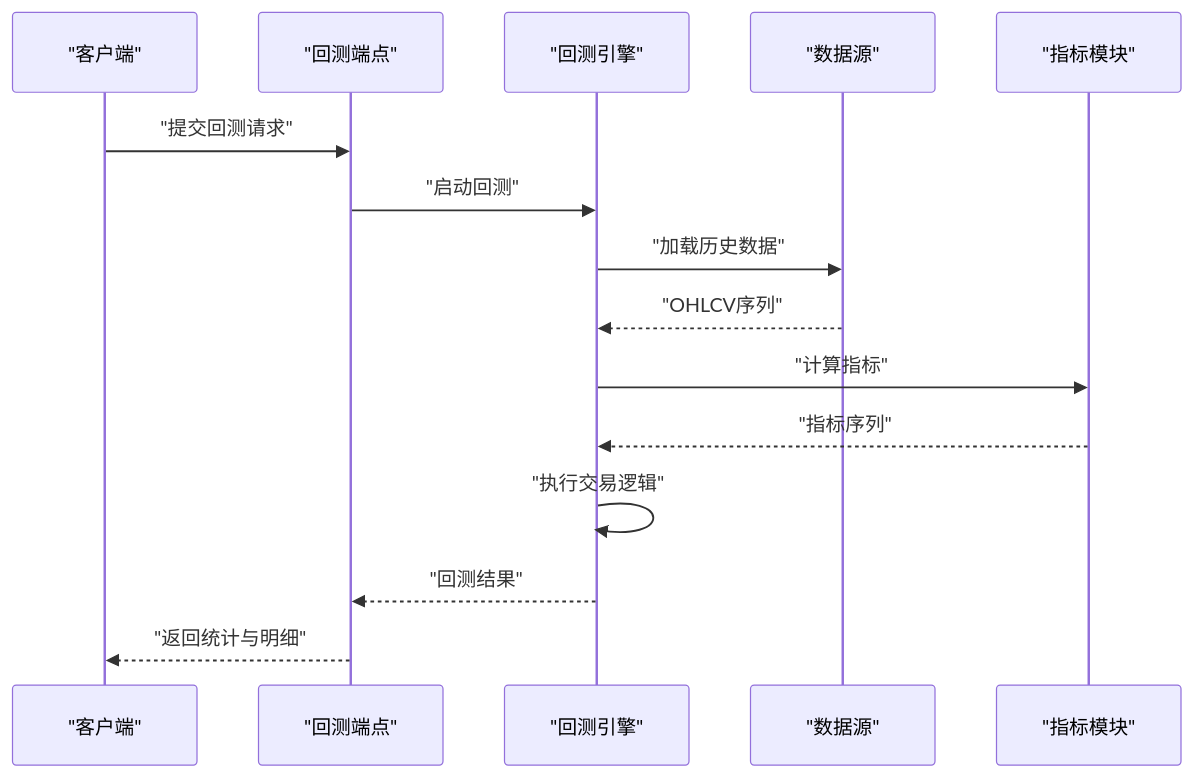
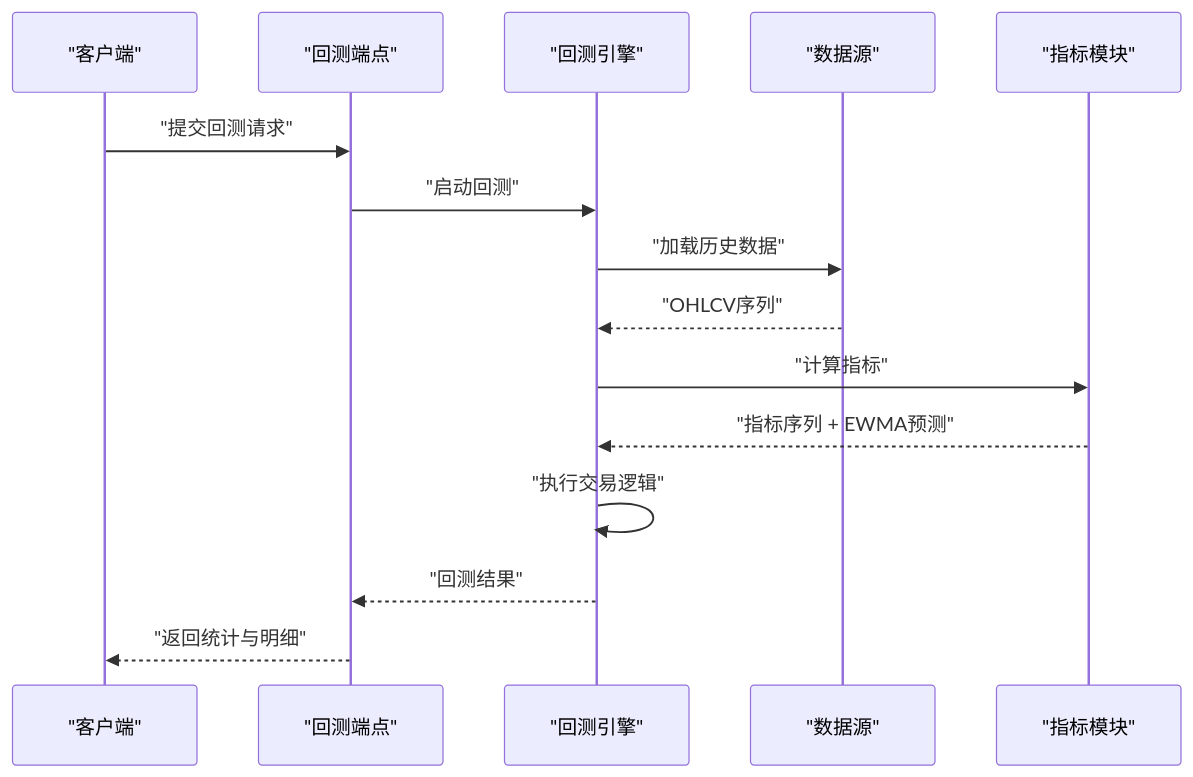
The eighth of 10 diagrams in .qoder/repowiki/zh/content/交易策略系统/技术指标系统.md (anYaoooo/daily_stock_analysis), drawn with Mermaid before and after one commit. The commit also changed other lines of this file and 23 other files, not shown here.

````diff
--- a/.qoder/repowiki/zh/content/交易策略系统/技术指标系统.md
+++ b/.qoder/repowiki/zh/content/交易策略系统/技术指标系统.md
@@ -280,17 +326,17 @@
 ```mermaid
 sequenceDiagram
 participant Client as "客户端"
 participant API as "回测端点"
 participant Engine as "回测引擎"
 participant Data as "数据源"
 participant Ind as "指标模块"
 Client->>API : "提交回测请求"
 API->>Engine : "启动回测"
 Engine->>Data : "加载历史数据"
 Data-->>Engine : "OHLCV序列"
 Engine->>Ind : "计算指标"
-Ind-->>Engine : "指标序列"
+Ind-->>Engine : "指标序列 + EWMA预测"
 Engine->>Engine : "执行交易逻辑"
 Engine-->>API : "回测结果"
 API-->>Client : "返回统计与明细"
 ```
````
